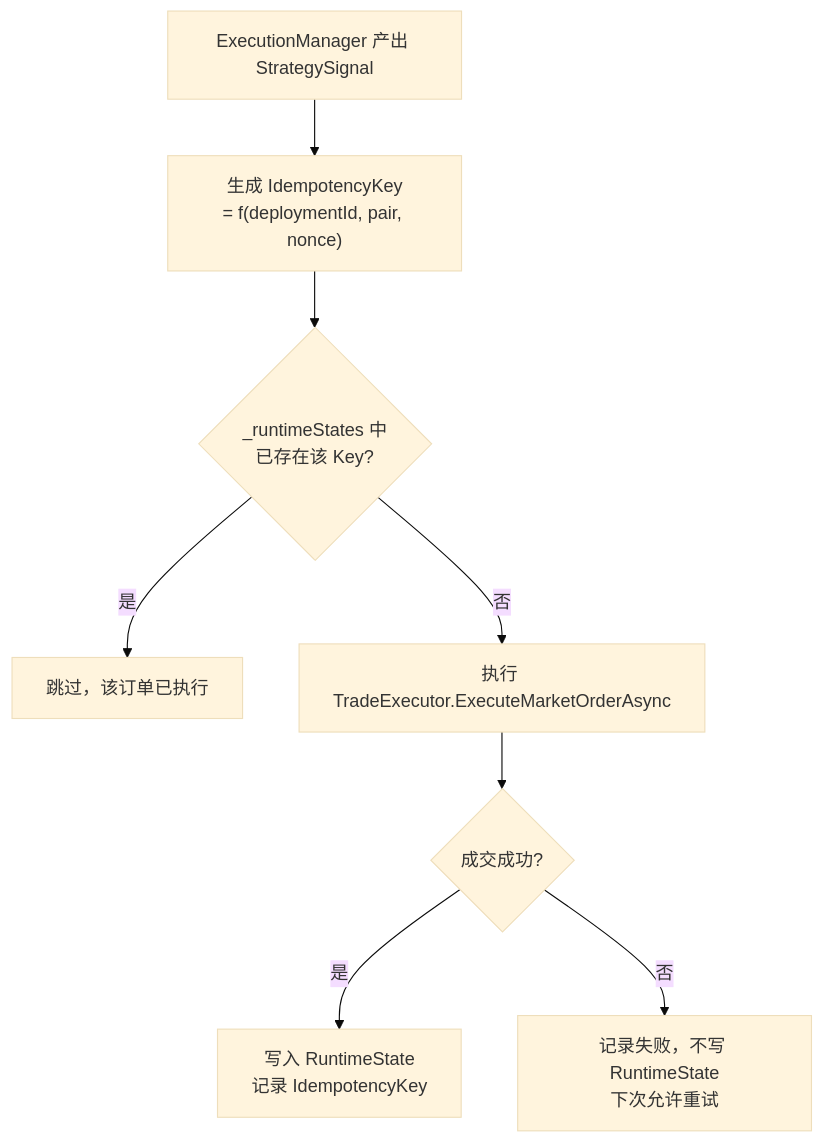
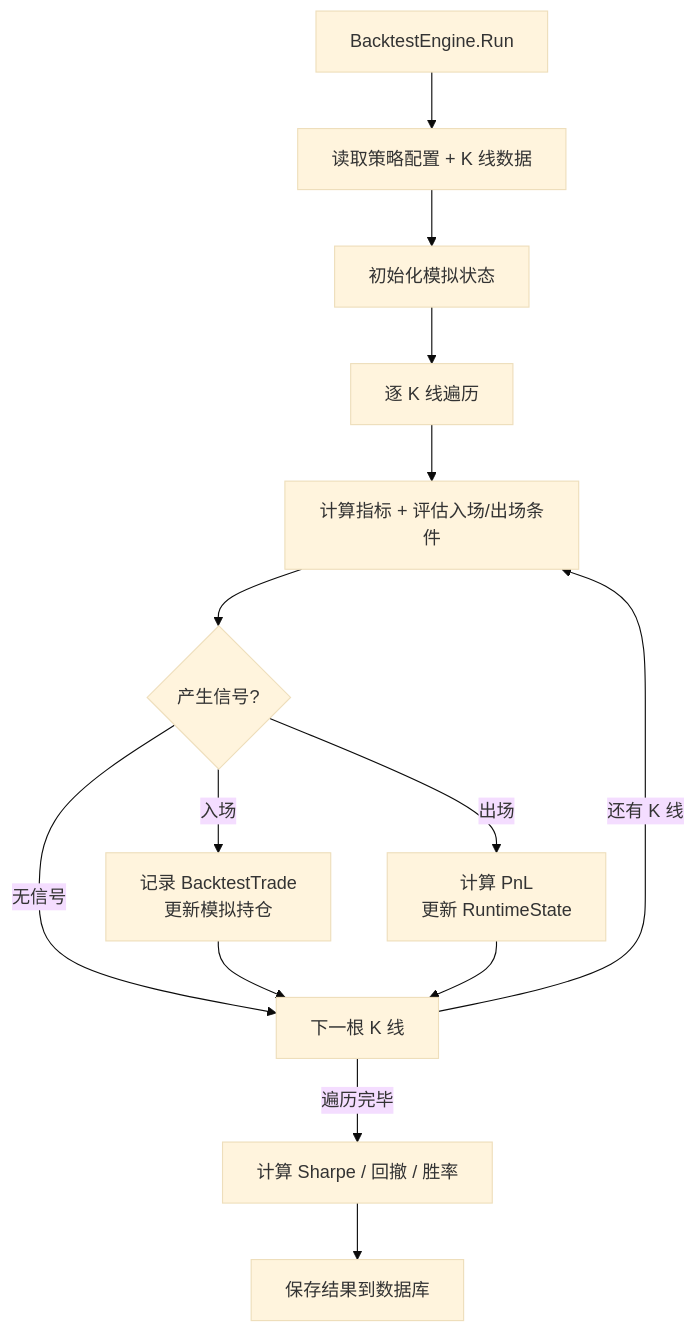
One commit to bambuo/TradeX changed the seventh of 8 diagrams in docs/策略引擎工作流程.md. Above: the diagram before and after it, drawn with Mermaid (base theme). The commit also changed other lines of this file and 97 other files, not shown here.

````diff
--- a/docs/策略引擎工作流程.md
+++ b/docs/策略引擎工作流程.md
@@ -698,10 +333,16 @@
 ```mermaid
 flowchart TD
-    A["ExecutionManager 产出 StrategySignal"] --> B["生成 IdempotencyKey<br/>= f(deploymentId, pair, nonce)"]
-    B --> C{"_runtimeStates 中<br/>已存在该 Key?"}
-    C -->|是| D["跳过，该订单已执行"]
-    C -->|否| E["执行 TradeExecutor.ExecuteMarketOrderAsync"]
-    E --> F{"成交成功?"}
-    F -->|是| G["写入 RuntimeState<br/>记录 IdempotencyKey"]
-    F -->|否| H["记录失败，不写 RuntimeState<br/>下次允许重试"]
+    BT["BacktestEngine.Run"] --> LOAD["读取策略配置 + K 线数据"]
+    LOAD --> INIT["初始化模拟状态"]
+    INIT --> LOOP["逐 K 线遍历"]
+    LOOP --> EVAL["计算指标 + 评估入场/出场条件"]
+    EVAL --> SIGNAL{"产生信号?"}
+    SIGNAL -->|入场| ENTER["记录 BacktestTrade<br/>更新模拟持仓"]
+    SIGNAL -->|出场| EXIT["计算 PnL<br/>更新 RuntimeState"]
+    SIGNAL -->|无信号| NEXT["下一根 K 线"]
+    ENTER --> NEXT
+    EXIT --> NEXT
+    NEXT -->|还有 K 线| EVAL
+    NEXT -->|遍历完毕| METRICS["计算 Sharpe / 回撤 / 胜率"]
+    METRICS --> SAVE["保存结果到数据库"]
 ```
````
